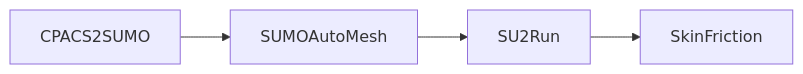
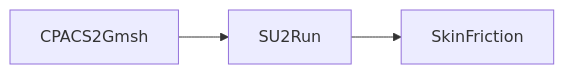
One commit to cfsengineering/CEASIOMpy changed the diagram in src/ceasiompy/SU2Run/README.md. Above: the diagram before and after it, drawn with Mermaid. The commit also changed other lines of this file and 22 other files, not shown here.

````diff
--- a/src/ceasiompy/SU2Run/README.md
+++ b/src/ceasiompy/SU2Run/README.md
@@ -17,6 +17,5 @@
 ```mermaid
   graph LR;
-      CPACS2SUMO-->SUMOAutoMesh;
-      SUMOAutoMesh-->SU2Run;
+      CPACS2Gmsh-->SU2Run;
       SU2Run-->SkinFriction;
 ```
````
